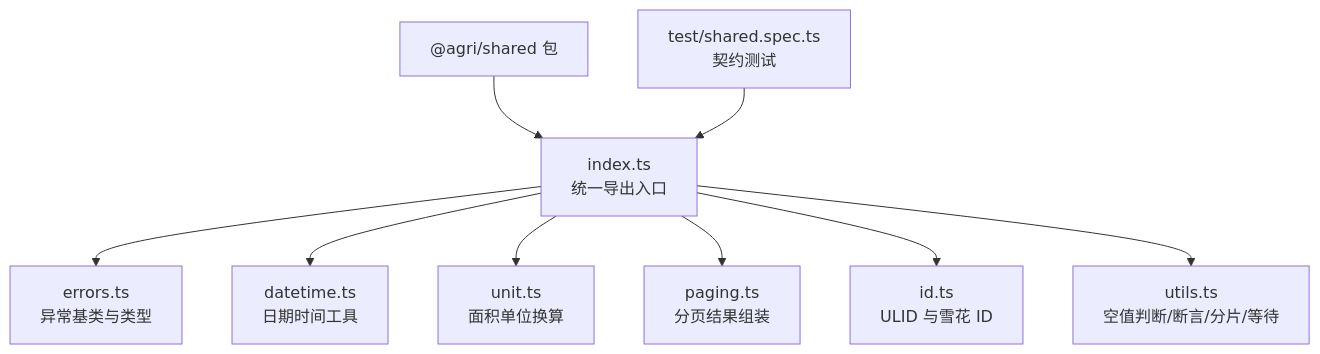
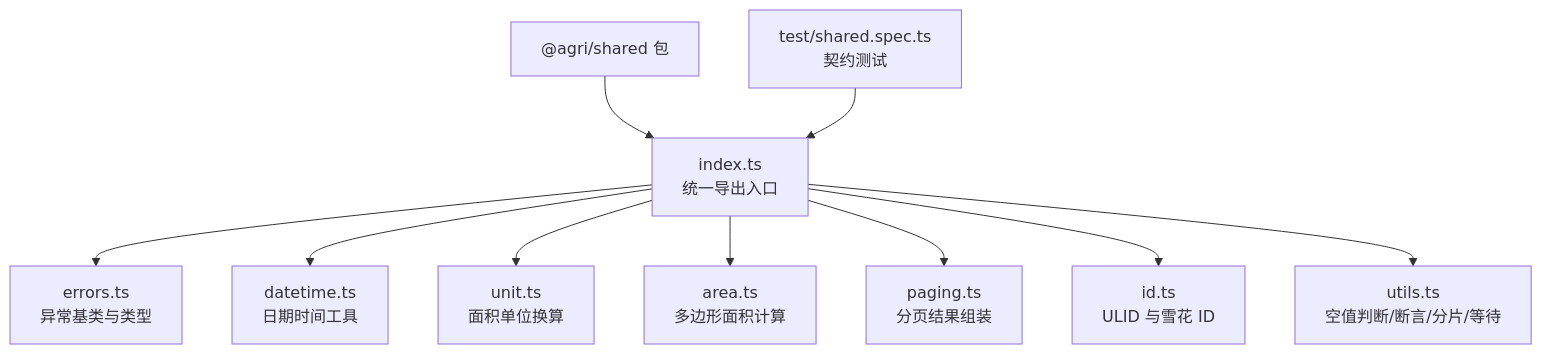
The first of 11 diagrams in .qoder/repowiki/zh/content/公共包文档/共享工具包 (@agri_shared).md (q446328246/agri-platform), drawn with Mermaid before and after one commit. The commit also changed other lines of this file and 52 other files, not shown here.

````diff
--- a/.qoder/repowiki/zh/content/公共包文档/共享工具包 (@agri_shared).md
+++ b/.qoder/repowiki/zh/content/公共包文档/共享工具包 (@agri_shared).md
@@ -40,20 +43,22 @@
 ```mermaid
 graph TB
 shared["@agri/shared 包"]
 index["index.ts<br/>统一导出入口"]
 errors["errors.ts<br/>异常基类与类型"]
 datetime["datetime.ts<br/>日期时间工具"]
 unit["unit.ts<br/>面积单位换算"]
+area["area.ts<br/>多边形面积计算"]
 paging["paging.ts<br/>分页结果组装"]
 id["id.ts<br/>ULID 与雪花 ID"]
 utils["utils.ts<br/>空值判断/断言/分片/等待"]
 test["test/shared.spec.ts<br/>契约测试"]
 shared --> index
 index --> errors
 index --> datetime
 index --> unit
+index --> area
 index --> paging
 index --> id
 index --> utils
 test --> index
 ```
````
